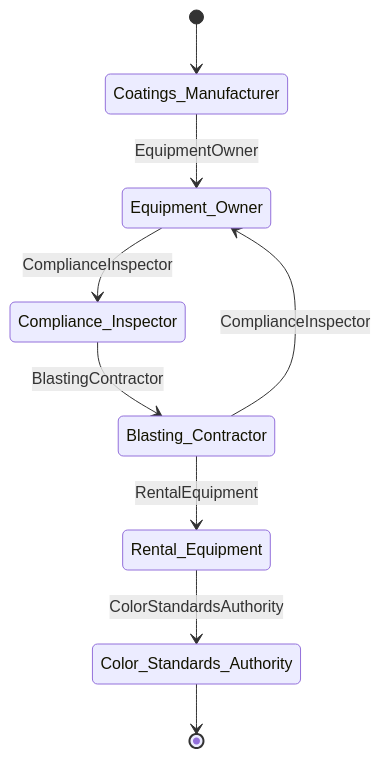
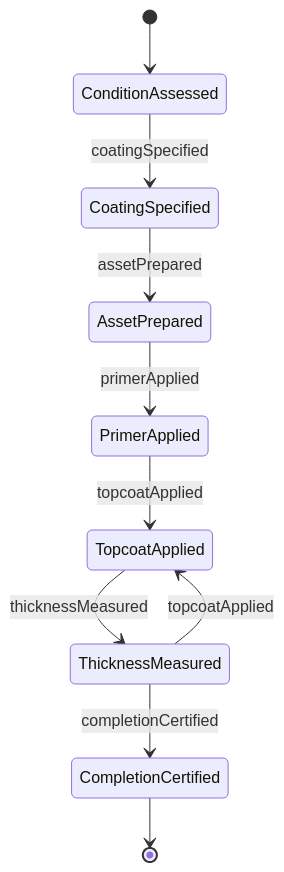
The second of 4 diagrams in HandlingAndMovingObjects/ApplyProtectiveSolutionsOrCoatings/PaintSurfacesEquipment.mdx (dot-org-ai/tasks.org.ai), drawn with Mermaid before and after one commit. The commit also changed other lines of this file and 40 other files, not shown here.

First line of the commit message:
fix: Replace Actor-based ER and State diagrams with Entity/Event-based diagrams in 41 HandlingAndMovingObjects DWA files

````diff
--- a/HandlingAndMovingObjects/ApplyProtectiveSolutionsOrCoatings/PaintSurfacesEquipment.mdx
+++ b/HandlingAndMovingObjects/ApplyProtectiveSolutionsOrCoatings/PaintSurfacesEquipment.mdx
@@ -101,11 +99,12 @@
 ```mermaid
 stateDiagram-v2
-    [*] --> Coatings_Manufacturer
-    Coatings_Manufacturer --> Equipment_Owner: EquipmentOwner
-    Equipment_Owner --> Compliance_Inspector: ComplianceInspector
-    Compliance_Inspector --> Blasting_Contractor: BlastingContractor
-    Blasting_Contractor --> Rental_Equipment: RentalEquipment
-    Rental_Equipment --> Color_Standards_Authority: ColorStandardsAuthority
-    Blasting_Contractor --> Equipment_Owner: ComplianceInspector
-    Color_Standards_Authority --> [*]
+    [*] --> ConditionAssessed
+    ConditionAssessed --> CoatingSpecified : coatingSpecified
+    CoatingSpecified --> AssetPrepared : assetPrepared
+    AssetPrepared --> PrimerApplied : primerApplied
+    PrimerApplied --> TopcoatApplied : topcoatApplied
+    TopcoatApplied --> ThicknessMeasured : thicknessMeasured
+    ThicknessMeasured --> TopcoatApplied : topcoatApplied
+    ThicknessMeasured --> CompletionCertified : completionCertified
+    CompletionCertified --> [*]
 ```
````
